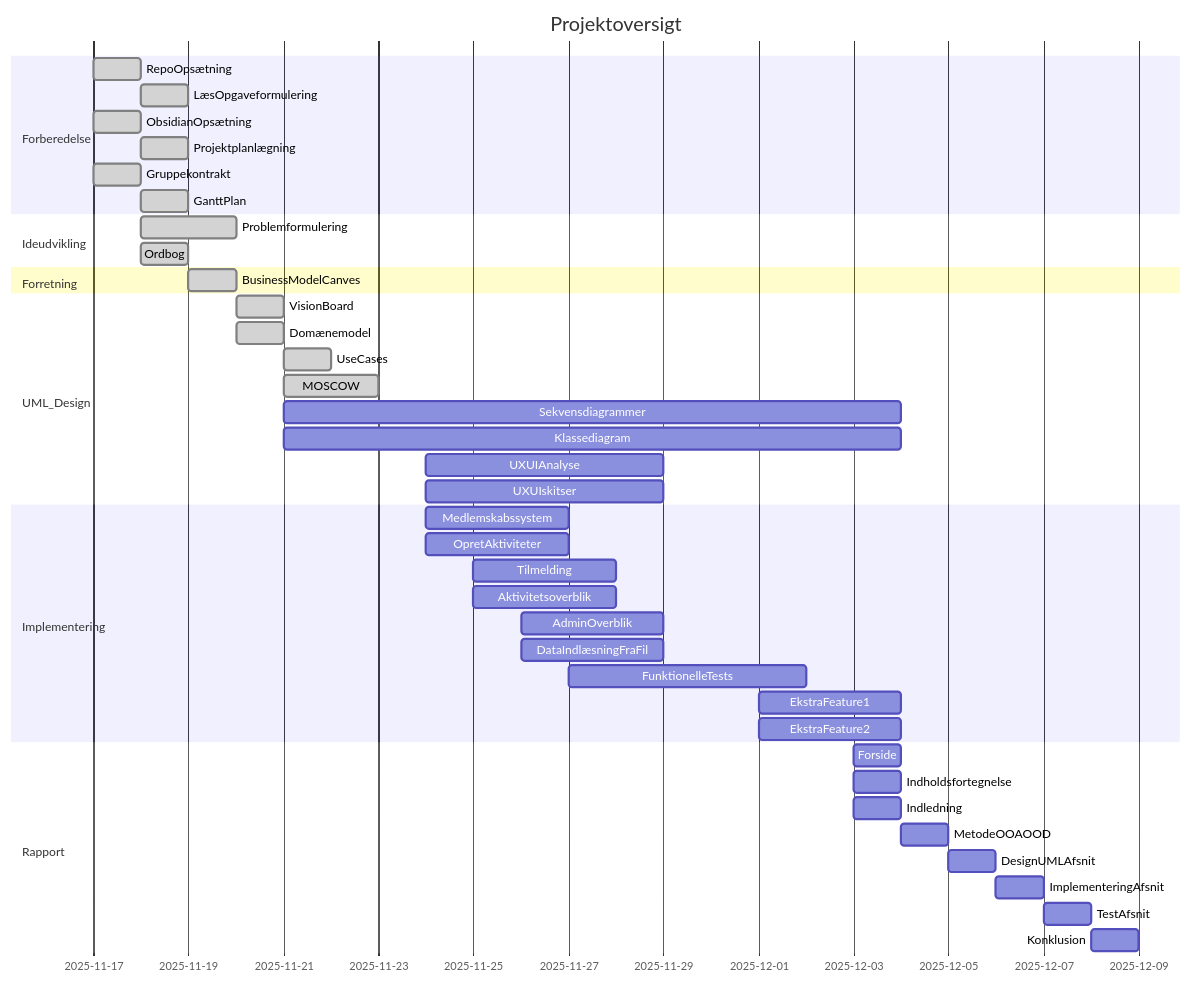
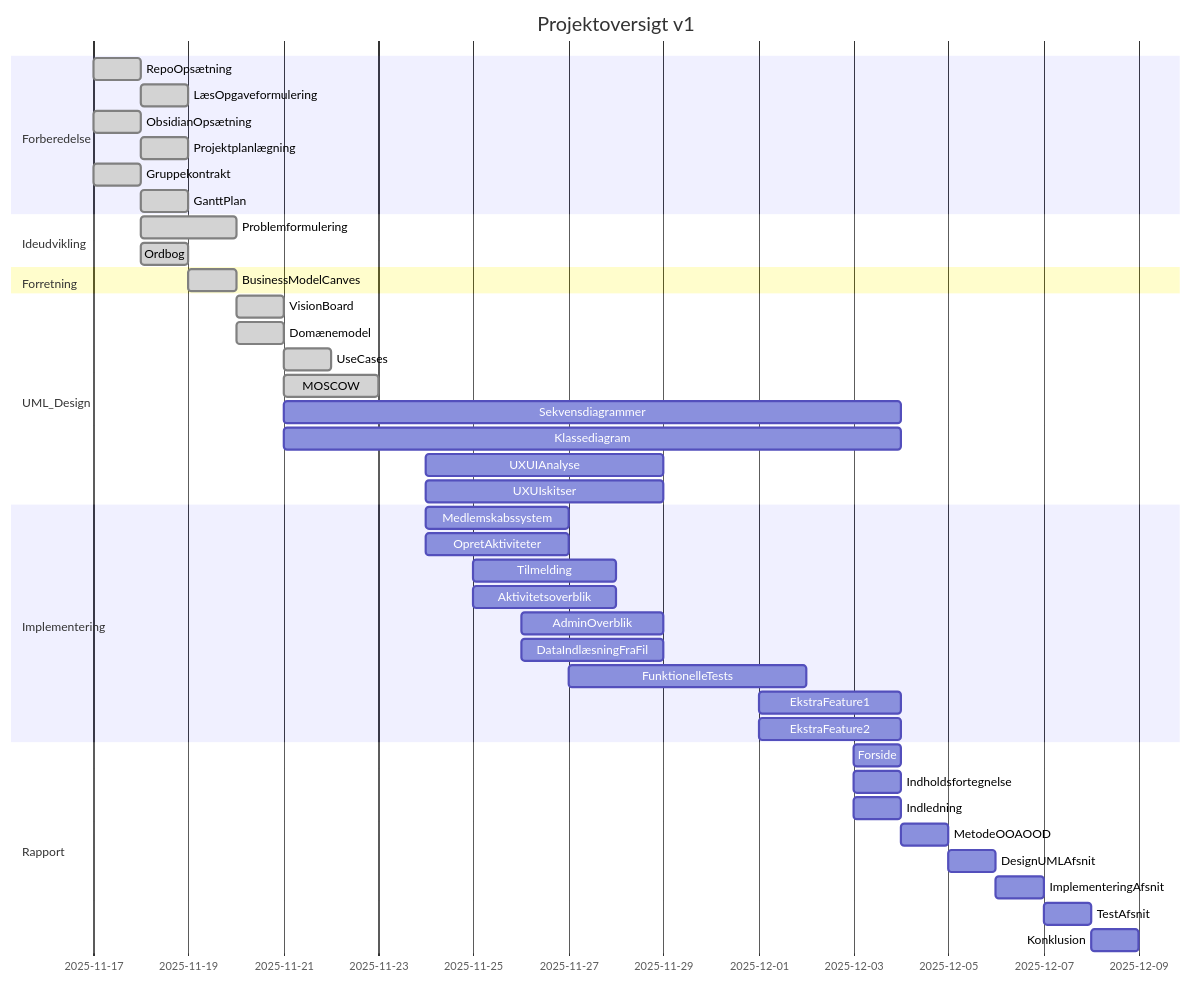
The second of 2 diagrams in 02 notes/2_Diverse/Projektstyring.md (MatiasHeiberg/1.semesterprojekt), drawn with Mermaid before and after one commit. The commit also changed other lines of this file and 2 other files, not shown here.

Commit message:
Nyt gantt diagram samt UI

````diff
--- a/02 notes/2_Diverse/Projektstyring.md
+++ b/02 notes/2_Diverse/Projektstyring.md
@@ -1,52 +54,52 @@
 ```mermaid
 gantt
     dateFormat  YYYY-MM-DD
-    title Projektoversigt
+    title Projektoversigt v1
 
     section Forberedelse
     RepoOpsætning          :done, a1, 2025-11-17, 1d
     LæsOpgaveformulering   :done, a2, 2025-11-18, 0.5d
     ObsidianOpsætning      :done, a3, 2025-11-17, 1d
     Projektplanlægning     :done, a4, 2025-11-18, 1d
     Gruppekontrakt         :done, a5, 2025-11-17, 0.5d
     GanttPlan              :done, a6, 2025-11-18, 1d
    
     section Ideudvikling
     Problemformulering       :done, b1, 2025-11-18, 2d
     Ordbog                   :done, b3, 2025-11-18, 1d
 
     
 	section Forretning
     BusinessModelCanves     :done, c1, 2025-11-19, 1d
 
     section UML_Design
     VisionBoard             :done, d1, 2025-11-20, 0.5d
     Domænemodel             :done, d2, 2025-11-20, 0.5d
     UseCases                :done, d5, 2025-11-21, 0.5d
     MOSCOW                  :done, d6, 2025-11-21, 2d
     Sekvensdiagrammer       :d7, 2025-11-21, 13d
     Klassediagram           :d8, 2025-11-21, 13d
     UXUIAnalyse            :d9, 2025-11-24, 5d
     UXUIskitser            :d10, 2025-11-24, 5d
 
     section Implementering
     Medlemskabssystem        :e1, 2025-11-24, 3d
     OpretAktiviteter        :e2, 2025-11-24, 3d
     Tilmelding               :e3, 2025-11-25, 3d
     Aktivitetsoverblik       :e4, 2025-11-25, 3d
     AdminOverblik           :e5, 2025-11-26, 3d
     DataIndlæsningFraFil :e6, 2025-11-26, 3d
     FunktionelleTests       :e7, 2025-11-27, 5d
     EkstraFeature1           :e8, 2025-12-01, 3d
     EkstraFeature2           :e9, 2025-12-01, 3d
 
     section Rapport
     Forside                  :f1, 2025-12-03, 1d
     Indholdsfortegnelse      :f2, 2025-12-03, 1d
     Indledning               :f3, 2025-12-03, 1d
     MetodeOOAOOD           :f4, 2025-12-04, 1d
     DesignUMLAfsnit        :f5, 2025-12-05, 1d
     ImplementeringAfsnit    :f6, 2025-12-06, 1d
     TestAfsnit              :f7, 2025-12-07, 1d
     Konklusion               :f8, 2025-12-08, 1d
 ```
````
